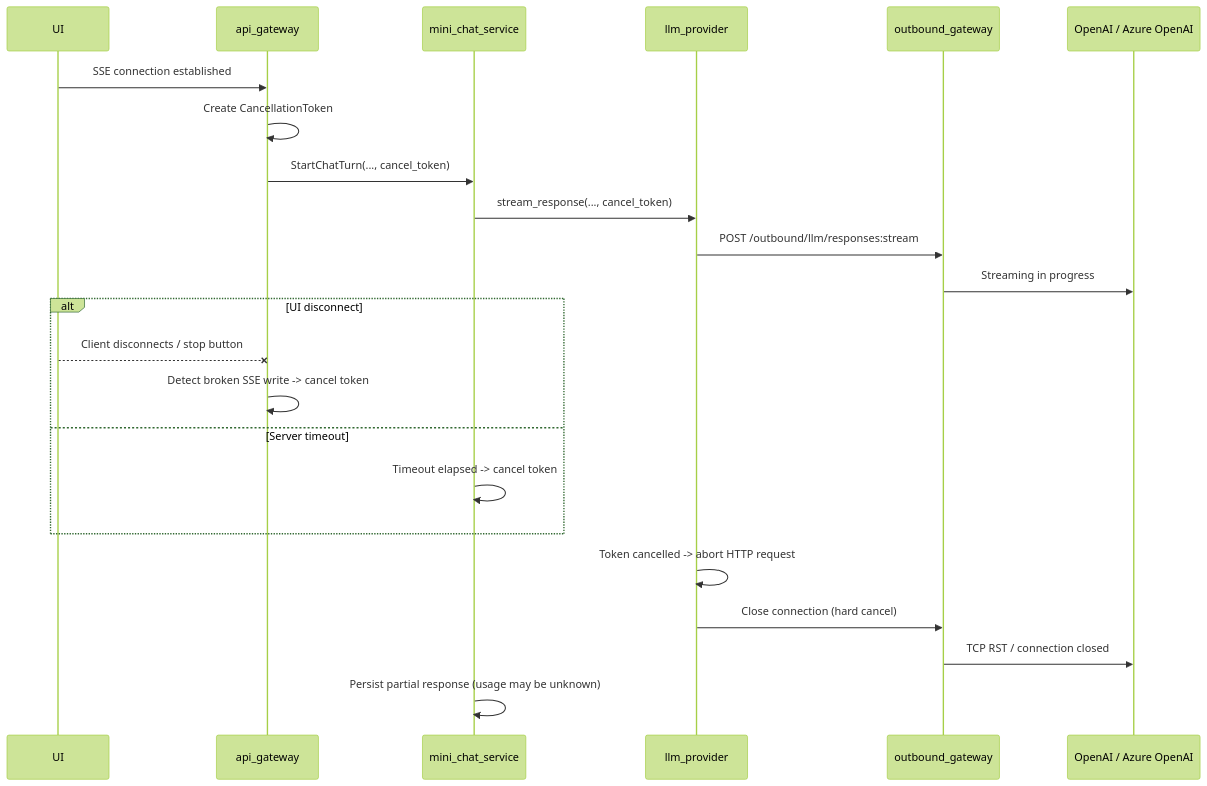
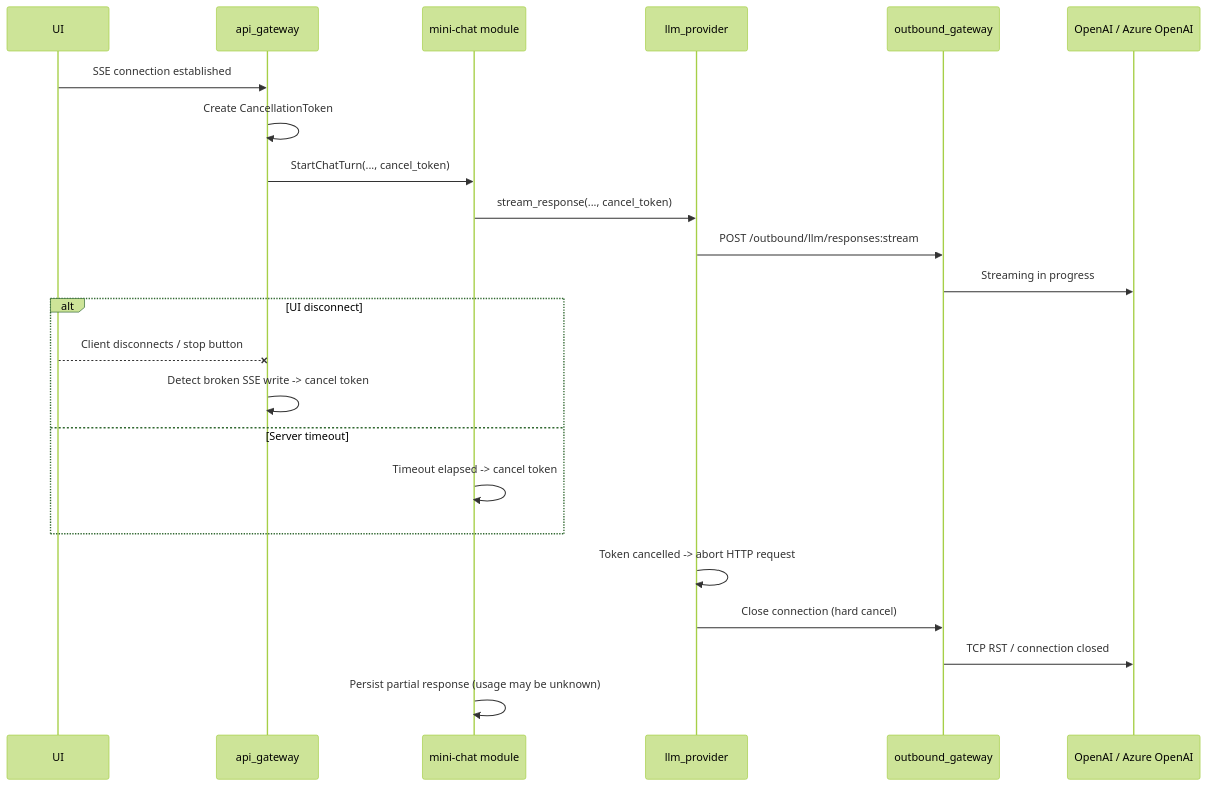
One commit to cyberfabric/cyberfabric-core changed the fourth of 5 diagrams in modules/mini-chat/docs/DESIGN.md. Above: the diagram before and after it, drawn with Mermaid (forest theme). The commit also changed other lines of this file and 1 other file, not shown here.

Commit message:
- Design is aligned with Modkit architecture patterns - Quota management is aligned with requirements - Modle selection is aligned with requirements - Message reactions are added - Temporary chats are moved to P2+ phases

````diff
--- a/modules/mini-chat/docs/DESIGN.md
+++ b/modules/mini-chat/docs/DESIGN.md
@@ -707,28 +743,28 @@
 ```mermaid
 sequenceDiagram
     participant UI
     participant AG as api_gateway
-    participant CS as mini_chat_service
+    participant CS as mini-chat module
     participant LP as llm_provider
     participant OG as outbound_gateway
     participant OAI as OpenAI / Azure OpenAI
 
     UI->>AG: SSE connection established
     AG->>AG: Create CancellationToken
     AG->>CS: StartChatTurn(..., cancel_token)
     CS->>LP: stream_response(..., cancel_token)
     LP->>OG: POST /outbound/llm/responses:stream
     OG->>OAI: Streaming in progress
 
     alt UI disconnect
         UI--xAG: Client disconnects / stop button
         AG->>AG: Detect broken SSE write -> cancel token
     else Server timeout
         CS->>CS: Timeout elapsed -> cancel token
     end
 
     LP->>LP: Token cancelled -> abort HTTP request
     LP->>OG: Close connection (hard cancel)
     OG->>OAI: TCP RST / connection closed
     CS->>CS: Persist partial response (usage may be unknown)
 ```
````
